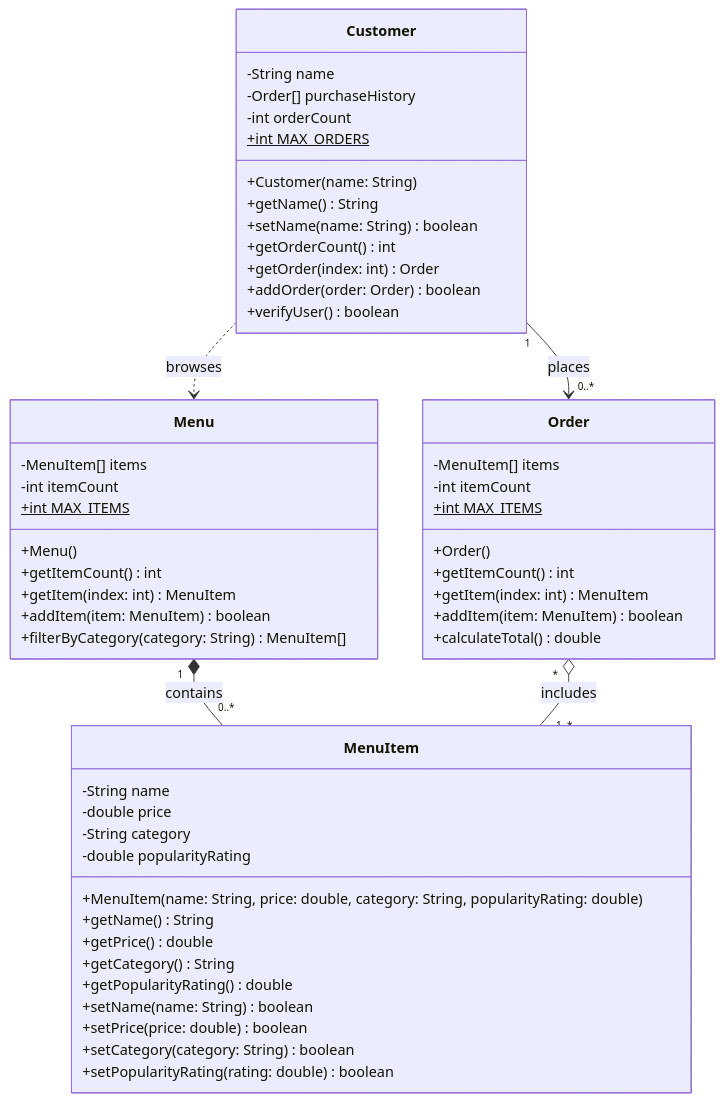
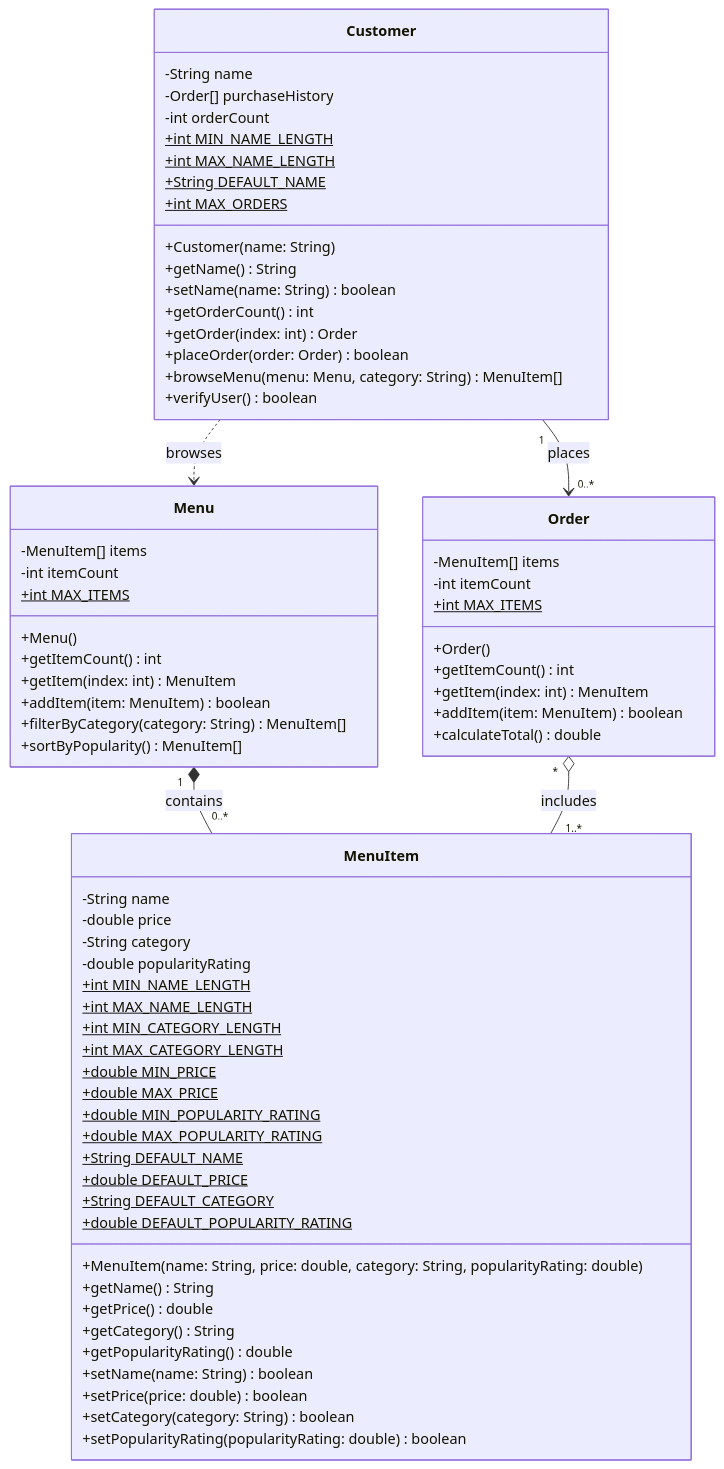
The diagram in bytebites_design.mmd (KarinaS0uza/bytebites_tinker_activity1), drawn with Mermaid before and after one commit. The commit also changed 2 other files, not shown here.

Commit message:
Update ByteBites documentation and UML design

```diff
--- a/bytebites_design.mmd
+++ b/bytebites_design.mmd
@@ -1,54 +1,71 @@
 classDiagram
     class Customer {
         -String name
         -Order[] purchaseHistory
         -int orderCount
+        +int MIN_NAME_LENGTH$
+        +int MAX_NAME_LENGTH$
+        +String DEFAULT_NAME$
         +int MAX_ORDERS$
         +Customer(name: String)
         +getName() String
         +setName(name: String) boolean
         +getOrderCount() int
         +getOrder(index: int) Order
-        +addOrder(order: Order) boolean
+        +placeOrder(order: Order) boolean
+        +browseMenu(menu: Menu, category: String) MenuItem[]
         +verifyUser() boolean
     }
     class Menu {
         -MenuItem[] items
         -int itemCount
         +int MAX_ITEMS$
         +Menu()
         +getItemCount() int
         +getItem(index: int) MenuItem
         +addItem(item: MenuItem) boolean
         +filterByCategory(category: String) MenuItem[]
+        +sortByPopularity() MenuItem[]
     }
     class MenuItem {
         -String name
         -double price
         -String category
         -double popularityRating
+        +int MIN_NAME_LENGTH$
+        +int MAX_NAME_LENGTH$
+        +int MIN_CATEGORY_LENGTH$
+        +int MAX_CATEGORY_LENGTH$
+        +double MIN_PRICE$
+        +double MAX_PRICE$
+        +double MIN_POPULARITY_RATING$
+        +double MAX_POPULARITY_RATING$
+        +String DEFAULT_NAME$
+        +double DEFAULT_PRICE$
+        +String DEFAULT_CATEGORY$
+        +double DEFAULT_POPULARITY_RATING$
         +MenuItem(name: String, price: double, category: String, popularityRating: double)
         +getName() String
         +getPrice() double
         +getCategory() String
         +getPopularityRating() double
         +setName(name: String) boolean
         +setPrice(price: double) boolean
         +setCategory(category: String) boolean
-        +setPopularityRating(rating: double) boolean
+        +setPopularityRating(popularityRating: double) boolean
     }
     class Order {
         -MenuItem[] items
         -int itemCount
         +int MAX_ITEMS$
         +Order()
         +getItemCount() int
         +getItem(index: int) MenuItem
         +addItem(item: MenuItem) boolean
         +calculateTotal() double
     }
 
     Customer "1" --> "0..*" Order : places
     Customer ..> Menu : browses
     Menu "1" *-- "0..*" MenuItem : contains
     Order "*" o-- "1..*" MenuItem : includes
```
